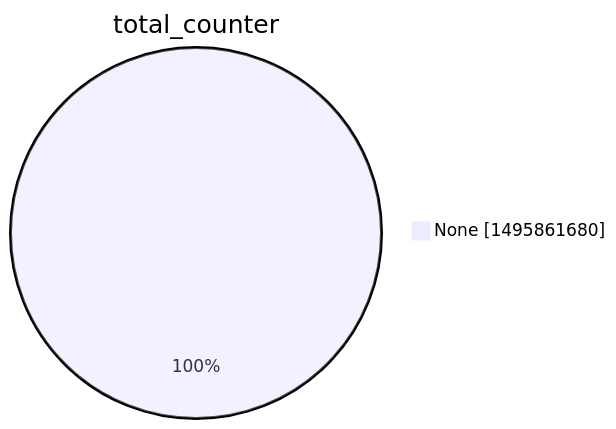
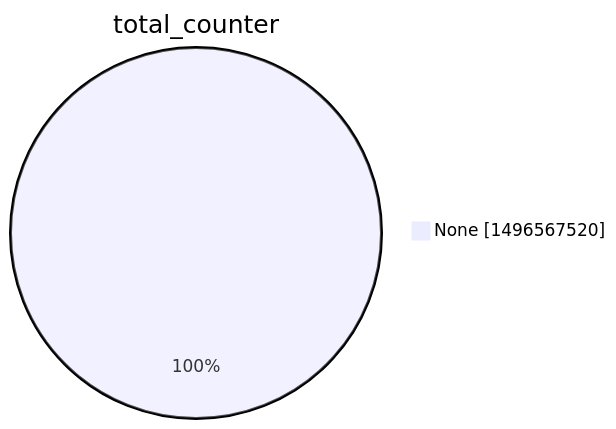
The second of 15 diagrams in argon2022/README.md (christiankrug/ctmonitor_visualization), drawn with Mermaid before and after one commit. The commit also changed other lines of this file, not shown here.

````diff
--- a/argon2022/README.md
+++ b/argon2022/README.md
@@ -9,5 +9,5 @@
 ```mermaid
 pie showData
 title total_counter
-"None" :1495861680
+"None" :1496567520
 ```
````
